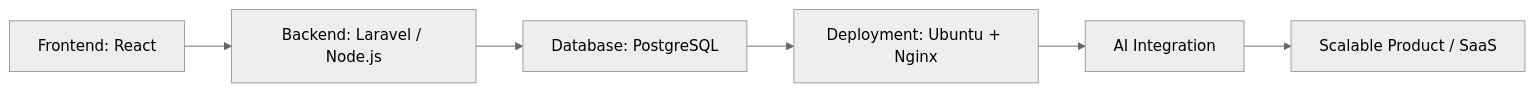
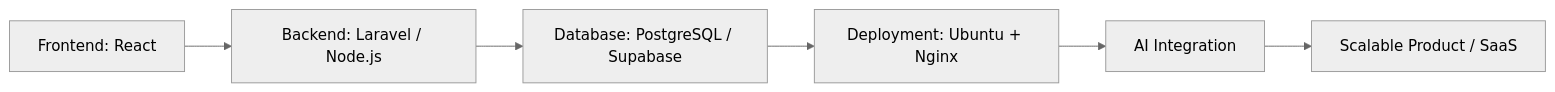
One commit to Sidiq-coder/Sidiq-coder changed the diagram in README.md. Above: the diagram before and after it, drawn with Mermaid (neutral theme). The commit also changed other lines of this file, not shown here.

````diff
--- a/README.md
+++ b/README.md
@@ -157,8 +188,8 @@
 ```mermaid
 flowchart LR
     A[Frontend: React] --> B[Backend: Laravel / Node.js]
-    B --> C[Database: PostgreSQL]
+    B --> C[Database: PostgreSQL / Supabase]
     C --> D[Deployment: Ubuntu + Nginx]
     D --> E[AI Integration]
     E --> F[Scalable Product / SaaS]
 ```
````
